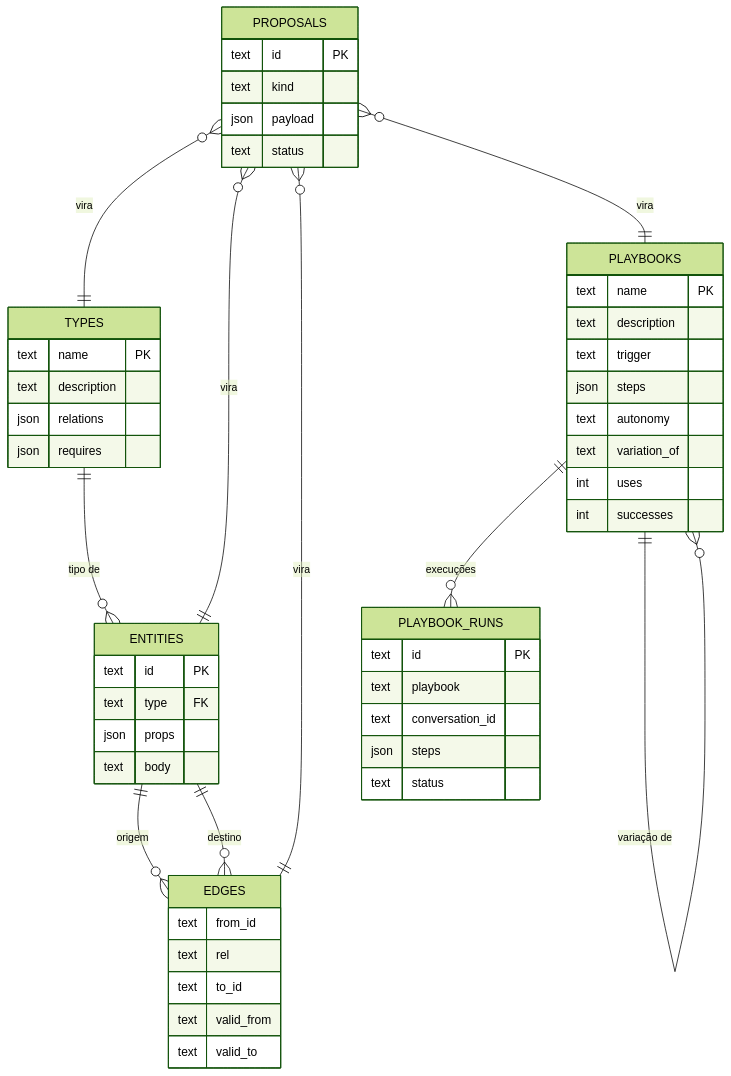
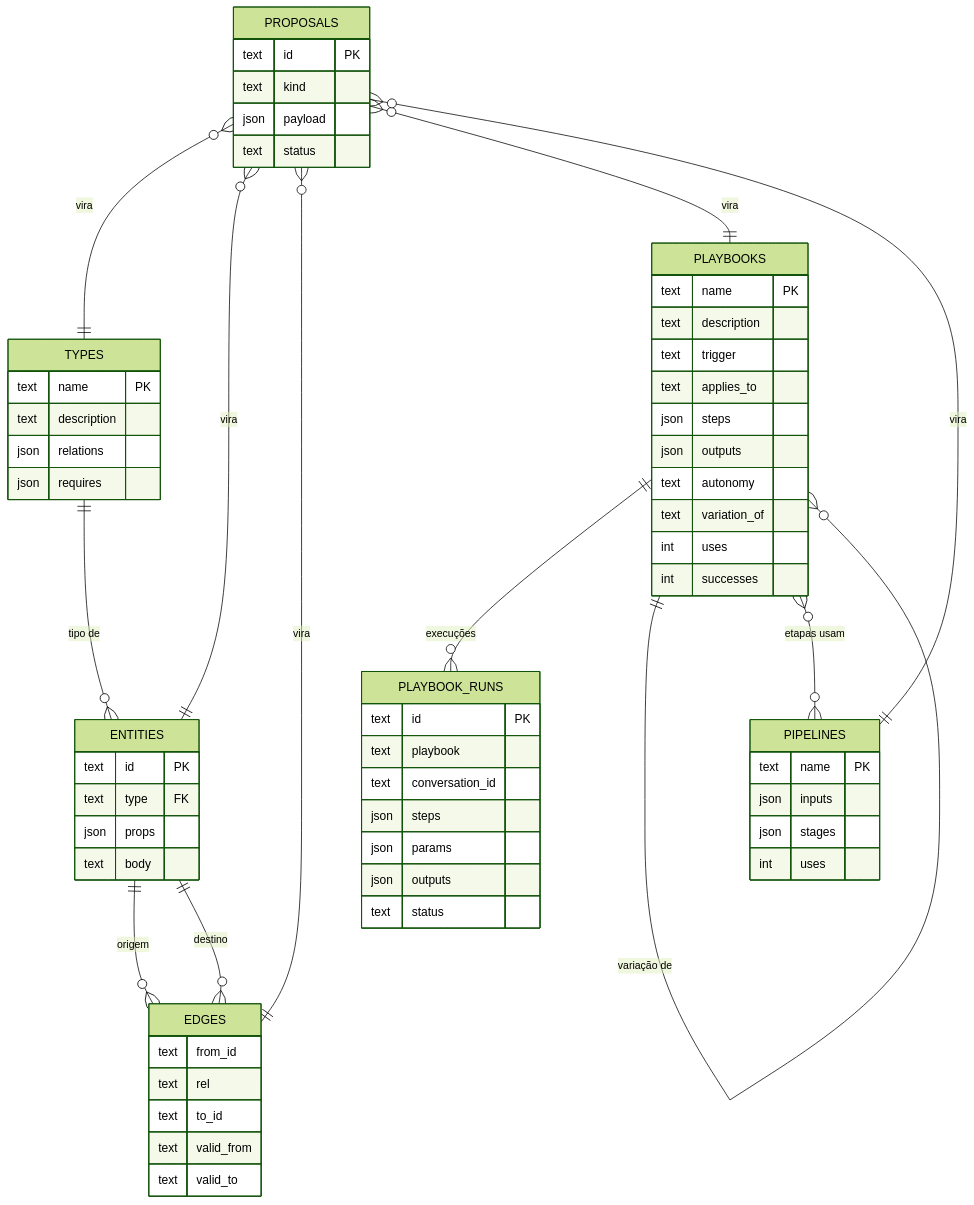
The first of 4 diagrams in docs/funcionalidades/04-cerebro.md (arthurparahyba/orbi), drawn with Mermaid (forest theme) before and after one commit. The commit also changed other lines of this file and 4 other files, not shown here.

````diff
--- a/docs/funcionalidades/04-cerebro.md
+++ b/docs/funcionalidades/04-cerebro.md
@@ -30,55 +34,67 @@
 ```mermaid
 erDiagram
   TYPES ||--o{ ENTITIES : "tipo de"
   ENTITIES ||--o{ EDGES : "origem"
   ENTITIES ||--o{ EDGES : "destino"
   PLAYBOOKS ||--o{ PLAYBOOK_RUNS : "execuções"
   PLAYBOOKS ||--o{ PLAYBOOKS : "variação de"
+  PLAYBOOKS }o--o{ PIPELINES : "etapas usam"
   PROPOSALS }o--|| TYPES : "vira"
   PROPOSALS }o--|| ENTITIES : "vira"
   PROPOSALS }o--|| EDGES : "vira"
   PROPOSALS }o--|| PLAYBOOKS : "vira"
+  PROPOSALS }o--|| PIPELINES : "vira"
 
   TYPES {
     text name PK
     text description
     json relations
     json requires
   }
   ENTITIES {
     text id PK
     text type FK
     json props
     text body
   }
   EDGES {
     text from_id
     text rel
     text to_id
     text valid_from
     text valid_to
   }
   PLAYBOOKS {
     text name PK
     text description
     text trigger
+    text applies_to
     json steps
+    json outputs
     text autonomy
     text variation_of
     int uses
     int successes
   }
   PLAYBOOK_RUNS {
     text id PK
     text playbook
     text conversation_id
     json steps
+    json params
+    json outputs
     text status
+  }
+  PIPELINES {
+    text name PK
+    json inputs
+    json stages
+    int uses
   }
   PROPOSALS {
     text id PK
     text kind
     json payload
     text status
   }
 ```
````
